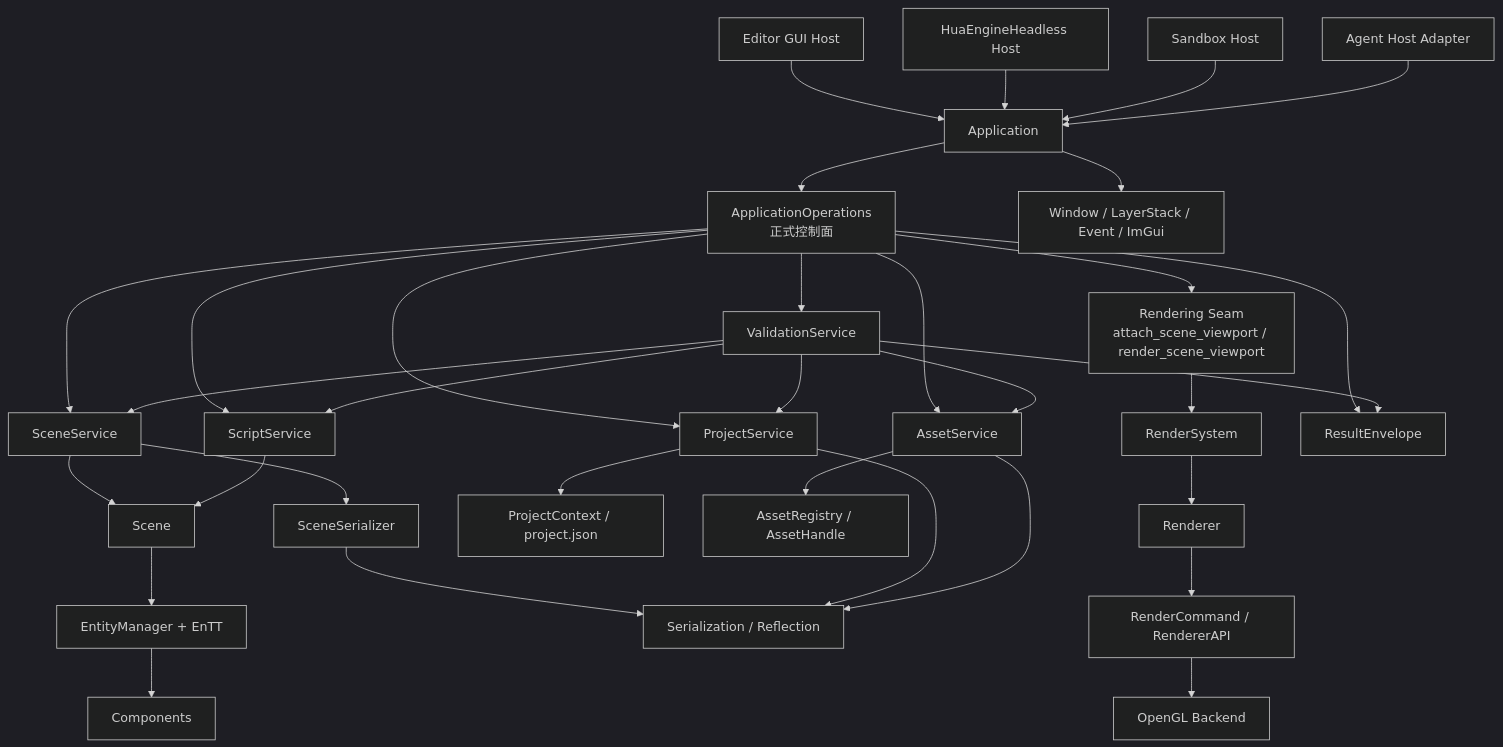
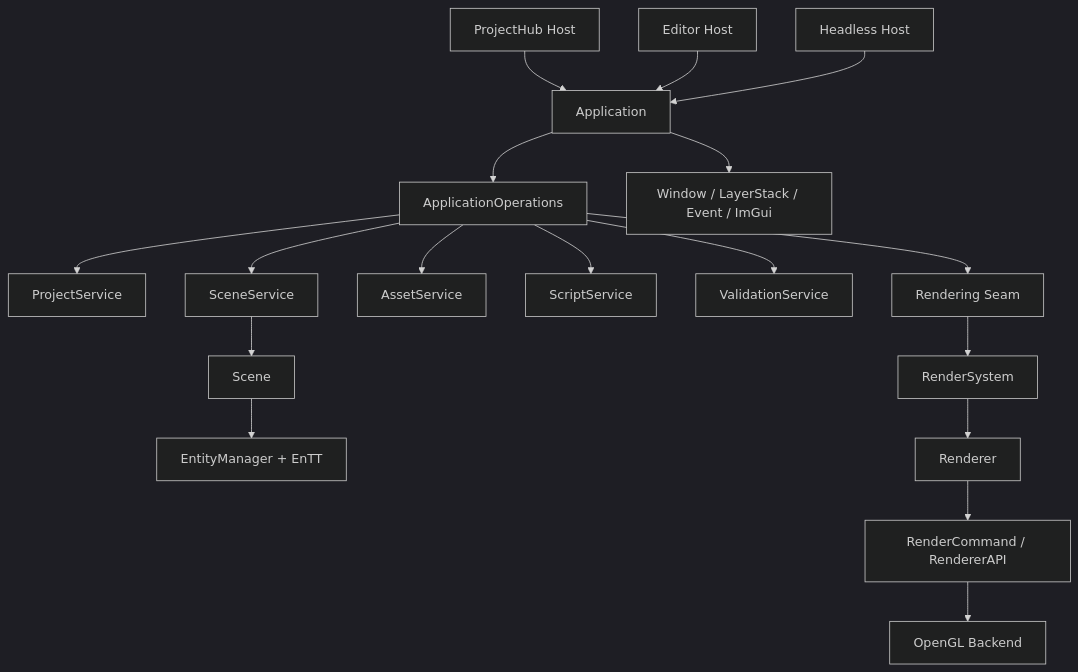
One commit to EriccWuu/HuaEngine changed the first of 2 diagrams in docs/refactored-engine-architecture.md. Above: the diagram before and after it, drawn with Mermaid (dark theme). The commit also changed other lines of this file and 111 other files, not shown here.

First line of the commit message:
feat: project hub

````diff
--- a/docs/refactored-engine-architecture.md
+++ b/docs/refactored-engine-architecture.md
@@ -58,43 +26,23 @@
 ```mermaid
 graph TD
-    A[Editor GUI Host] --> B[Application]
-    H[HuaEngineHeadless Host] --> B
-    S[Sandbox Host] --> B
-    G[Agent Host Adapter] --> B
+    A[ProjectHub Host] --> B[Application]
+    C[Editor Host] --> B
+    D[Headless Host] --> B
 
-    B --> C[ApplicationOperations<br/>正式控制面]
-    B --> D[Window / LayerStack / Event / ImGui]
+    B --> E[ApplicationOperations]
+    B --> F[Window / LayerStack / Event / ImGui]
 
-    C --> E[ProjectService]
-    C --> F[SceneService]
-    C --> I[AssetService]
-    C --> J[ScriptService]
-    C --> K[ValidationService]
-    C --> L[Rendering Seam<br/>attach_scene_viewport / render_scene_viewport]
+    E --> G[ProjectService]
+    E --> H[SceneService]
+    E --> I[AssetService]
+    E --> J[ScriptService]
+    E --> K[ValidationService]
+    E --> L[Rendering Seam]
 
-    F --> M[Scene]
+    H --> M[Scene]
     M --> N[EntityManager + EnTT]
-    N --> O[Components]
-
-    F --> P[SceneSerializer]
-    E --> Q[ProjectContext / project.json]
-    I --> R[AssetRegistry / AssetHandle]
-    J --> M
-
-    K --> E
-    K --> F
-    K --> I
-    K --> J
-
-    P --> T[Serialization / Reflection]
-    E --> T
-    I --> T
-
-    L --> U[RenderSystem]
-    U --> V[Renderer]
-    V --> W[RenderCommand / RendererAPI]
-    W --> X[OpenGL Backend]
-
-    C --> Y[ResultEnvelope]
-    K --> Y
+    L --> O[RenderSystem]
+    O --> P[Renderer]
+    P --> Q[RenderCommand / RendererAPI]
+    Q --> R[OpenGL Backend]
 ```
````
